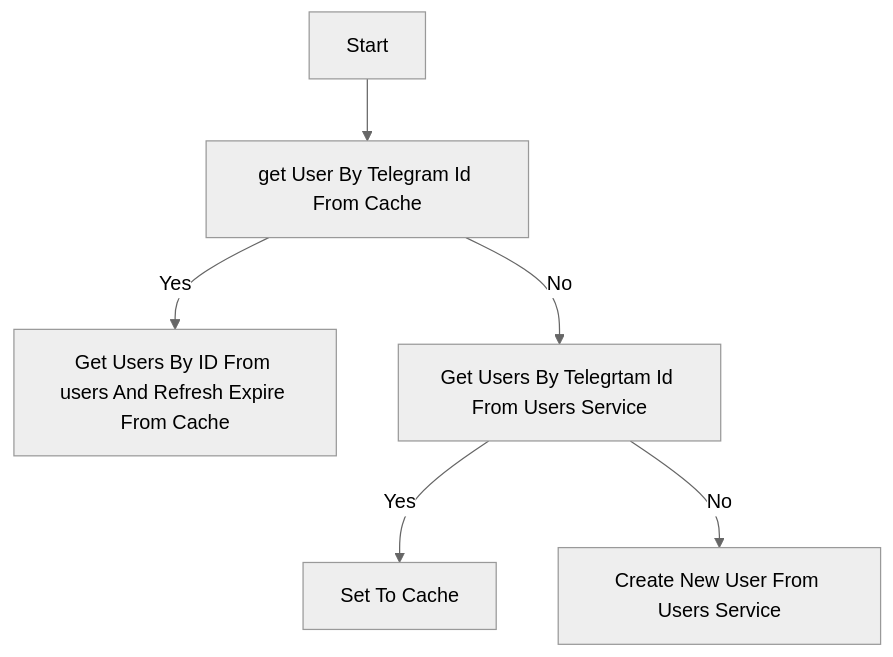
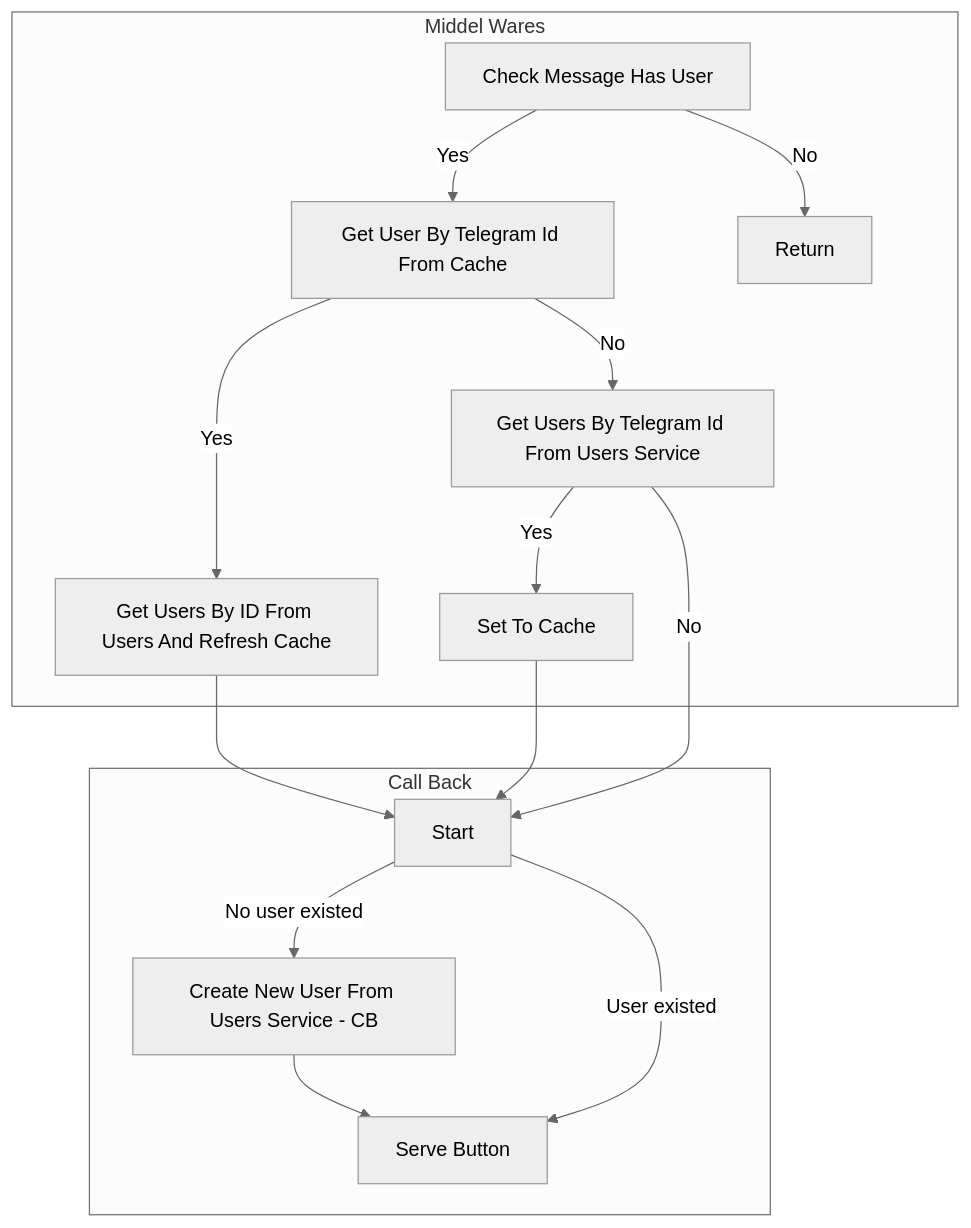
One commit to prograin/english-chat changed the diagram in services/telegram-bot-service/doc/flowcharts/start_flow.md. Above: the diagram before and after it, drawn with Mermaid (neutral theme). The commit also changed other lines of this file and 43 other files, not shown here.

````diff
--- a/services/telegram-bot-service/doc/flowcharts/start_flow.md
+++ b/services/telegram-bot-service/doc/flowcharts/start_flow.md
@@ -1,8 +11,38 @@
 ```mermaid
 flowchart TD
-    A[Start] --> B[get User By Telegram Id From Cache]
-    B -->|Yes| C[Get Users By ID From users And Refresh Expire From Cache]
-    B -->|No| D[Get Users By Telegrtam Id From Users Service]
-    D -->|Yes| E[Set To Cache]
-    D -->|No| F[Create New User From Users Service]
+
+    %% Middlewares Flow
+    subgraph Middel Wares
+        G[Check Message Has User]
+        B[Get User By Telegram Id From Cache]
+        I[Return]
+        C[Get Users By ID From Users And Refresh Cache]
+        D[Get Users By Telegram Id From Users Service]
+        E[Set To Cache]
+    end
+
+    %% Callback
+    subgraph Call Back
+        A[Start]
+        F[Create New User From Users Service - CB]
+        L[Serve Button]
+    end
+
+    %% Flow
+
+    G -->|Yes| B
+    G -->|No| I
+    B -->|Yes| C
+    B -->|No| D
+    D -->|Yes| E
+    D -->|No|A
+    C-->A
+    E-->A
+    A-->|No user existed|F
+    A-->|User existed|L
+    F-->L
+
+    %% Define class styles
+    classDef noteStyle stroke:#333,stroke-width:1px,font-size:12px;
+
 ```
````
